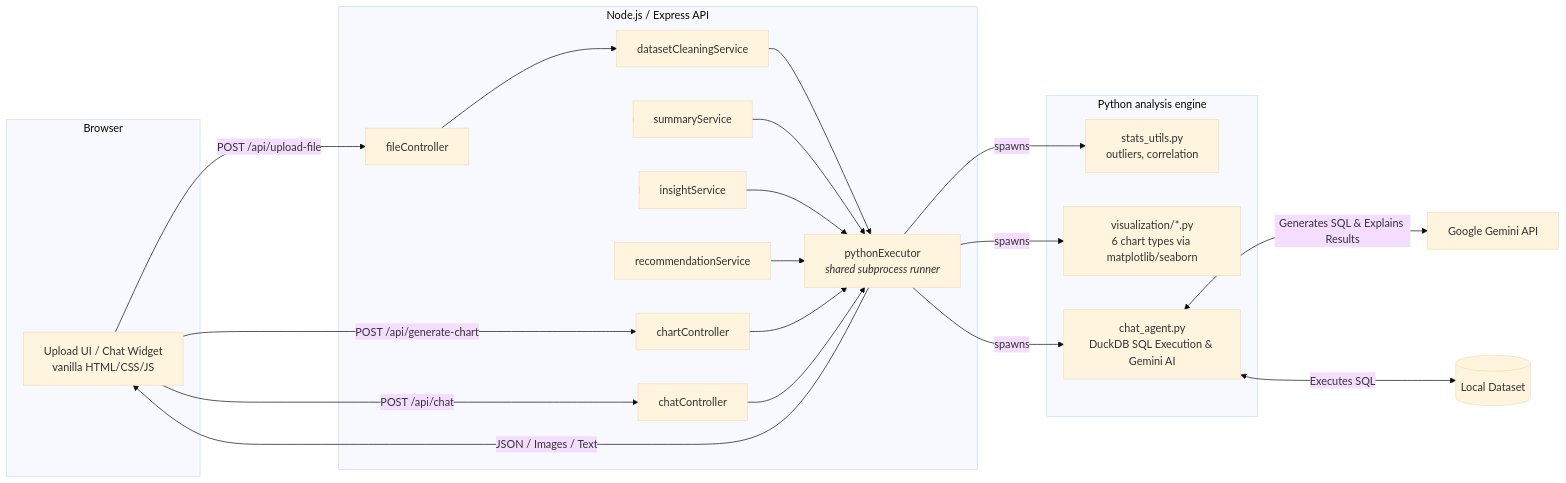
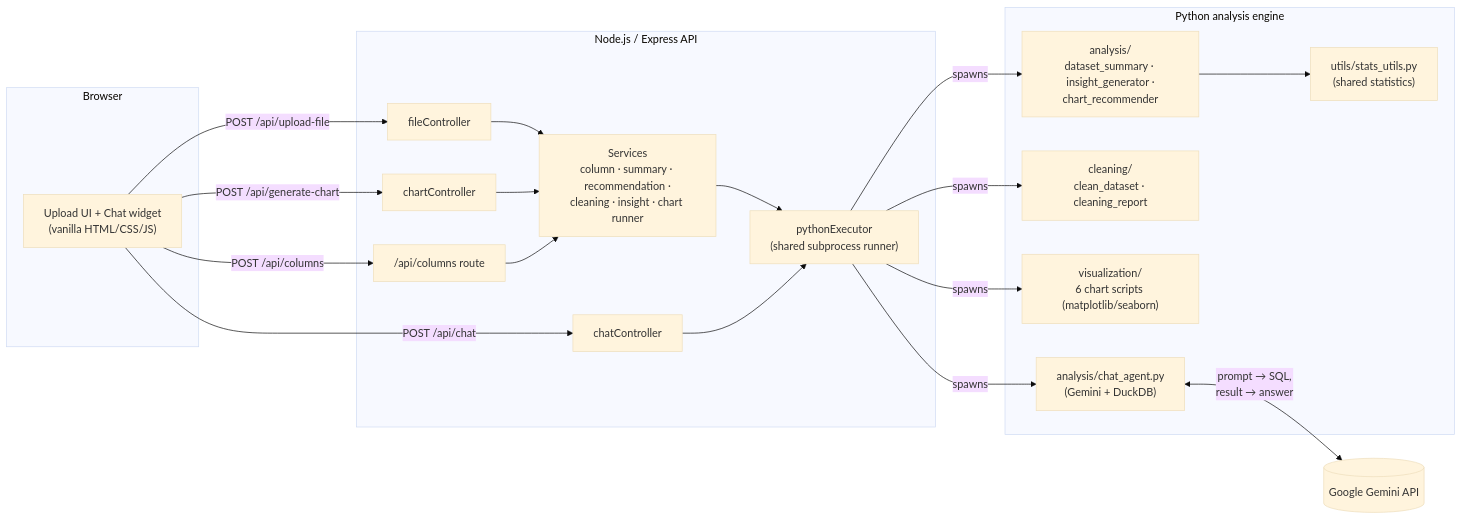
The diagram in README.md (Ayush0604-alt/Insignt-2C), drawn with Mermaid (base theme) before and after one commit. The commit also changed other lines of this file, not shown here.

````diff
--- a/README.md
+++ b/README.md
@@ -42,41 +83,42 @@
 ```mermaid
 flowchart LR
     subgraph Browser
-        UI[Upload UI / Chat Widget<br/>vanilla HTML/CSS/JS]
+        UI["Upload UI + Chat widget<br/>(vanilla HTML/CSS/JS)"]
     end
 
     subgraph Node["Node.js / Express API"]
         Upload[fileController]
-        Clean[datasetCleaningService]
-        Summary[summaryService]
-        Insight[insightService]
-        Recommend[recommendationService]
         Chart[chartController]
         Chat[chatController]
-        Exec[pythonExecutor<br/><i>shared subprocess runner</i>]
+        Cols["/api/columns route"]
+        Services["Services<br/>column · summary · recommendation ·<br/>cleaning · insight · chart runner"]
+        Exec["pythonExecutor<br/>(shared subprocess runner)"]
     end
 
     subgraph Python["Python analysis engine"]
-        Stats[stats_utils.py<br/>outliers, correlation]
-        Viz[visualization/*.py<br/>6 chart types via matplotlib/seaborn]
-        Agent[chat_agent.py<br/>DuckDB SQL Execution & Gemini AI]
+        Analysis["analysis/<br/>dataset_summary · insight_generator ·<br/>chart_recommender"]
+        Cleaning["cleaning/<br/>clean_dataset · cleaning_report"]
+        Viz["visualization/<br/>6 chart scripts (matplotlib/seaborn)"]
+        Stats["utils/stats_utils.py<br/>(shared statistics)"]
+        Agent["analysis/chat_agent.py<br/>(Gemini + DuckDB)"]
     end
 
     UI -- "POST /api/upload-file" --> Upload
     UI -- "POST /api/generate-chart" --> Chart
+    UI -- "POST /api/columns" --> Cols
     UI -- "POST /api/chat" --> Chat
 
-    Upload --> Clean --> Exec
-    Chart --> Exec
+    Upload --> Services
+    Chart --> Services
+    Cols --> Services
+    Services --> Exec
     Chat --> Exec
-    Node --> Summary & Insight & Recommend --> Exec
 
-    Exec -- spawns --> Stats
+    Exec -- spawns --> Analysis
+    Exec -- spawns --> Cleaning
     Exec -- spawns --> Viz
     Exec -- spawns --> Agent
-    
-    Agent <-->|"Generates SQL & Explains Results"| GeminiAPI[Google Gemini API]
-    Agent <-->|"Executes SQL"| LocalData[(Local Dataset)]
 
-    Exec -- "JSON / Images / Text" --> UI
+    Analysis --> Stats
+    Agent <-->|"prompt → SQL,<br/>result → answer"| Gemini[(Google Gemini API)]
 ```
````
